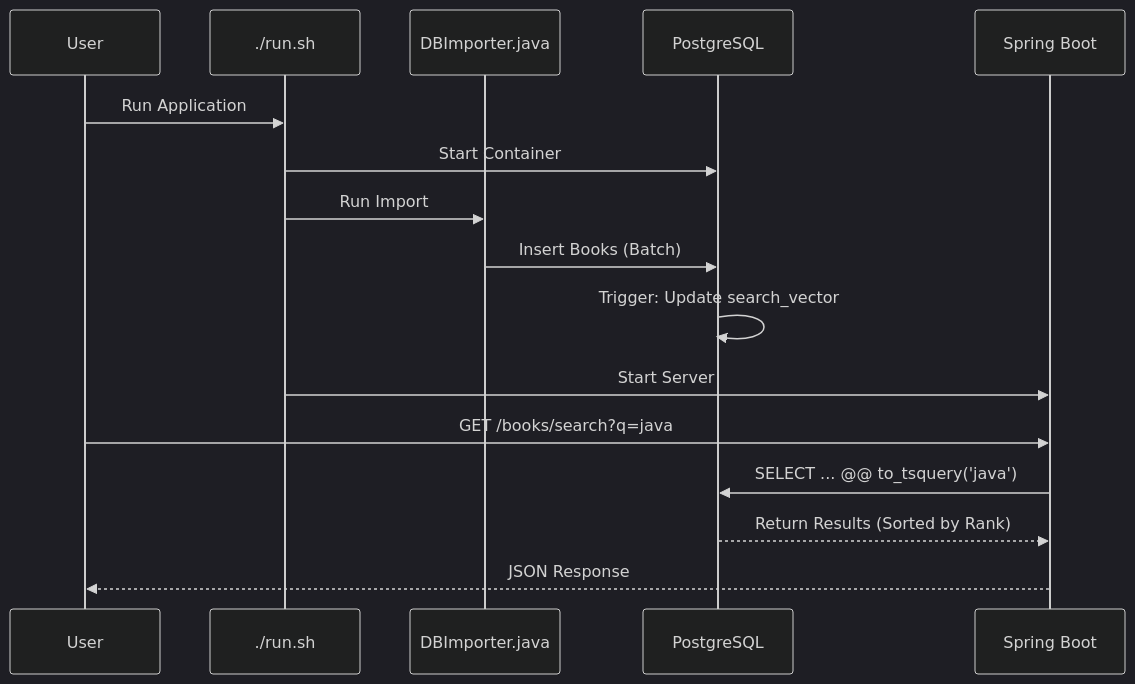
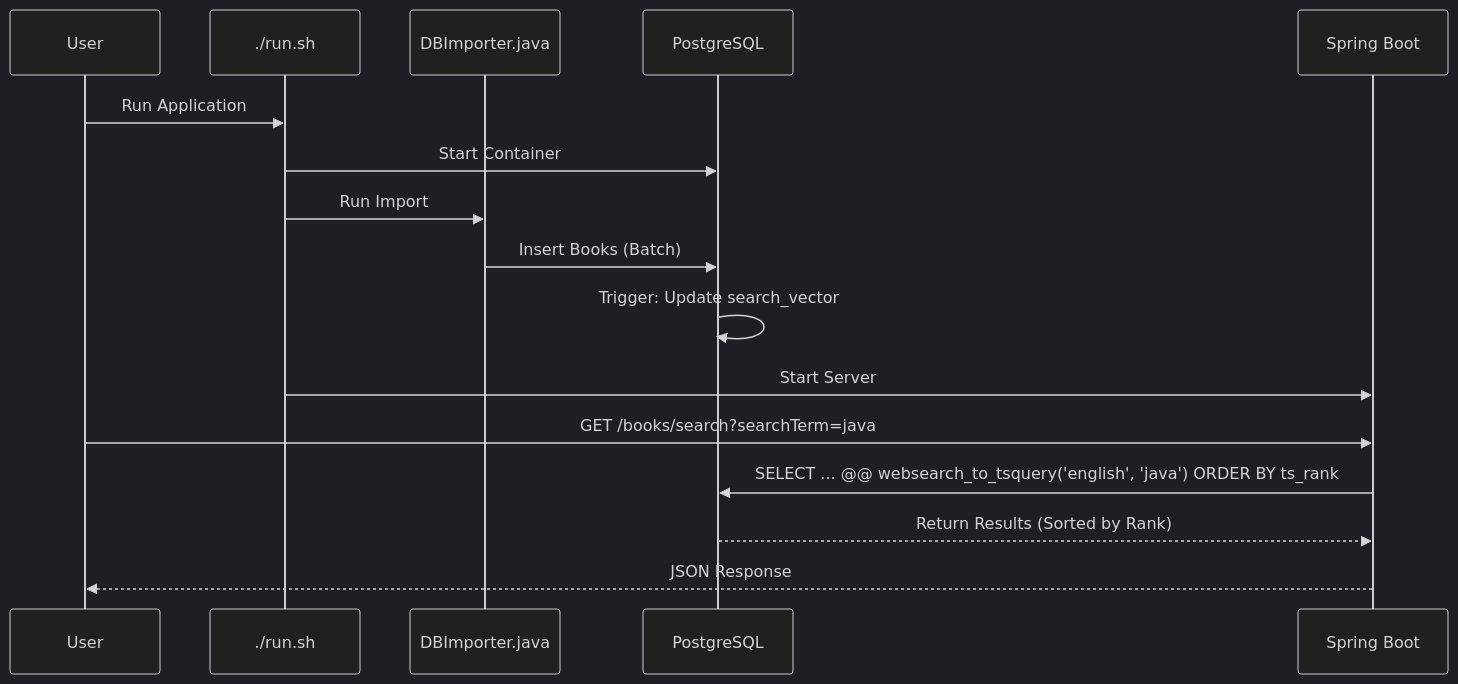
The diagram in README.md (bhushanchinmay/book-search), drawn with Mermaid (dark theme) before and after one commit. The commit also changed other lines of this file and 6 other files, not shown here.

````diff
--- a/README.md
+++ b/README.md
@@ -109,19 +112,19 @@
 ```mermaid
 sequenceDiagram
     participant User
     participant Script as ./run.sh
     participant Importer as DBImporter.java
     participant DB as PostgreSQL
     participant App as Spring Boot
 
     User->>Script: Run Application
     Script->>DB: Start Container
     Script->>Importer: Run Import
     Importer->>DB: Insert Books (Batch)
     DB->>DB: Trigger: Update search_vector
     Script->>App: Start Server
-    User->>App: GET /books/search?q=java
-    App->>DB: SELECT ... @@ to_tsquery('java')
+    User->>App: GET /books/search?searchTerm=java
+    App->>DB: SELECT ... @@ websearch_to_tsquery('english', 'java') ORDER BY ts_rank
     DB-->>App: Return Results (Sorted by Rank)
     App-->>User: JSON Response
 ```
````
